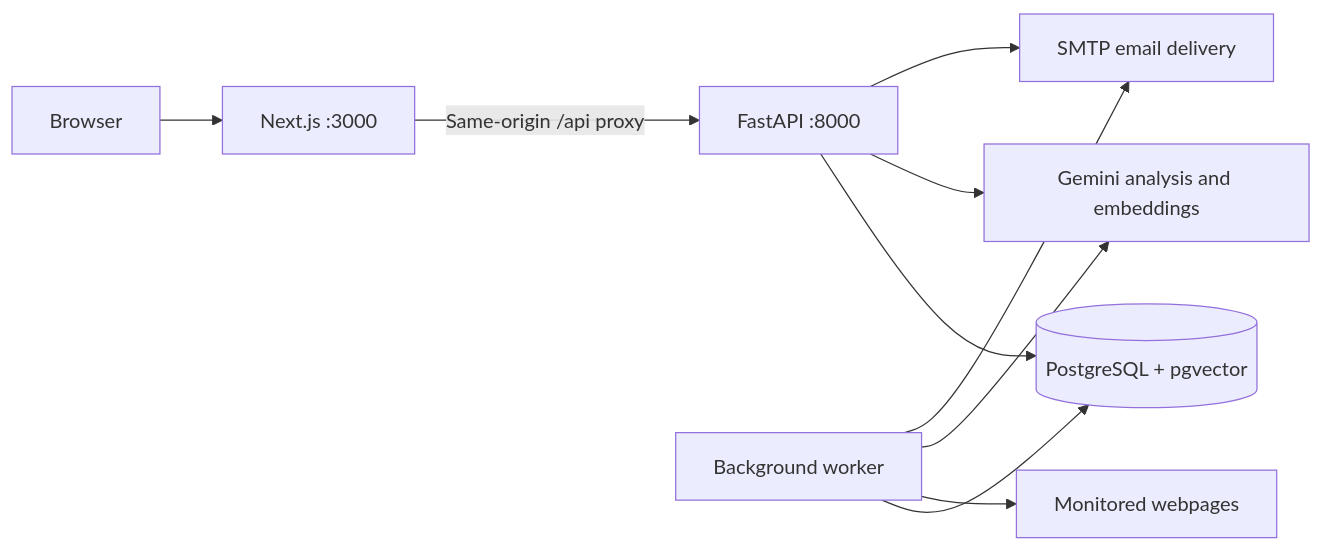
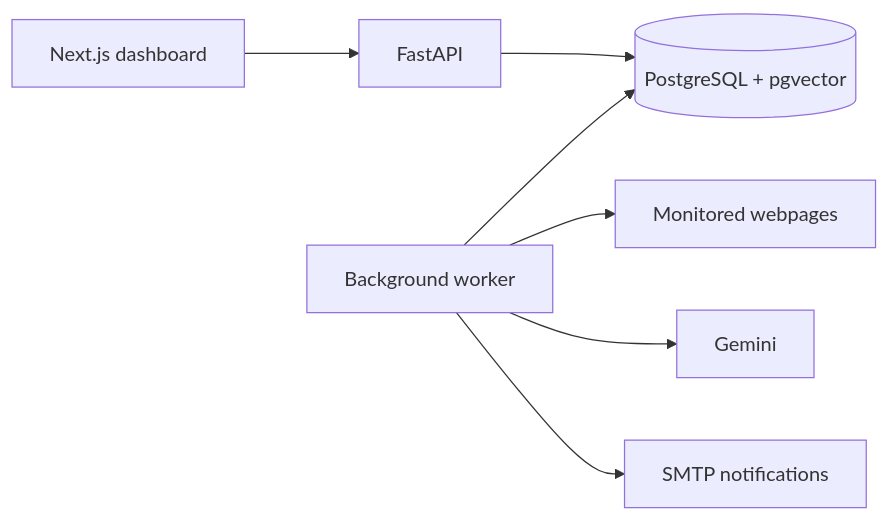
The diagram in README.md (Alihassan0155/Sentinel), drawn with Mermaid before and after one commit. The commit also changed other lines of this file and 1 other file, not shown here.

````diff
--- a/README.md
+++ b/README.md
@@ -49,12 +23,9 @@
 ```mermaid
 flowchart LR
-    Browser[Browser] --> Next[Next.js :3000]
-    Next -->|Same-origin /api proxy| API[FastAPI :8000]
+    Client[Next.js dashboard] --> API[FastAPI]
     API --> DB[(PostgreSQL + pgvector)]
     Worker[Background worker] --> DB
-    Worker --> Websites[Monitored webpages]
-    Worker --> Gemini[Gemini analysis and embeddings]
-    API --> Gemini
-    Worker --> SMTP[SMTP email delivery]
-    API --> SMTP
+    Worker --> Web[Monitored webpages]
+    Worker --> LLM[Gemini]
+    Worker --> Mail[SMTP notifications]
 ```
````
